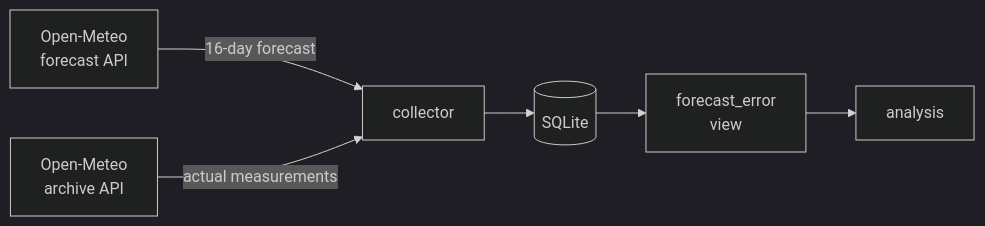
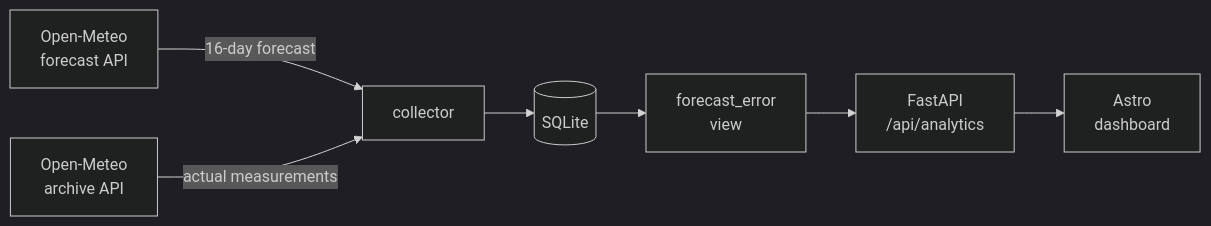
The diagram in README.md (Patrykbarc/weather-accuracy), drawn with Mermaid (dark theme) before and after one commit. The commit also changed other lines of this file, not shown here.

Commit message:
document REST API and workspace commands

````diff
--- a/README.md
+++ b/README.md
@@ -37,8 +37,9 @@
 ```mermaid
 flowchart LR
     A[Open-Meteo<br/>forecast API] -->|16-day forecast| C[collector]
     B[Open-Meteo<br/>archive API] -->|actual measurements| C
     C --> D[(SQLite)]
     D --> E[forecast_error<br/>view]
-    E --> F[analysis]
+    E --> F[FastAPI<br/>/api/analytics]
+    F --> G[Astro<br/>dashboard]
 ```
````
